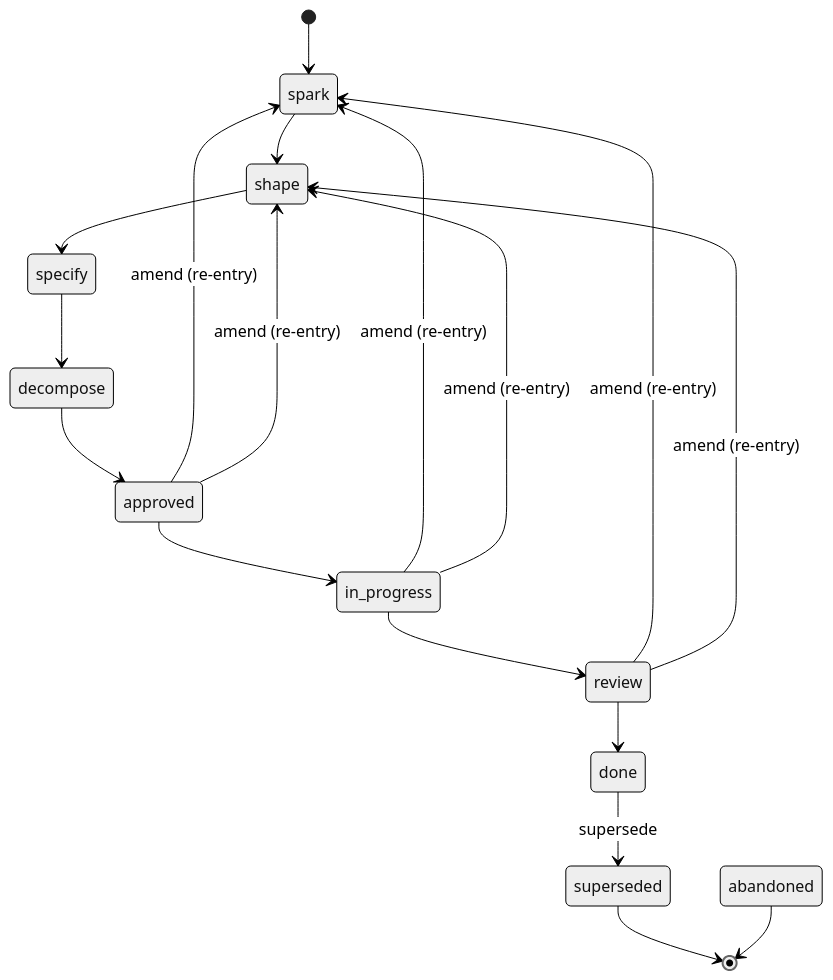
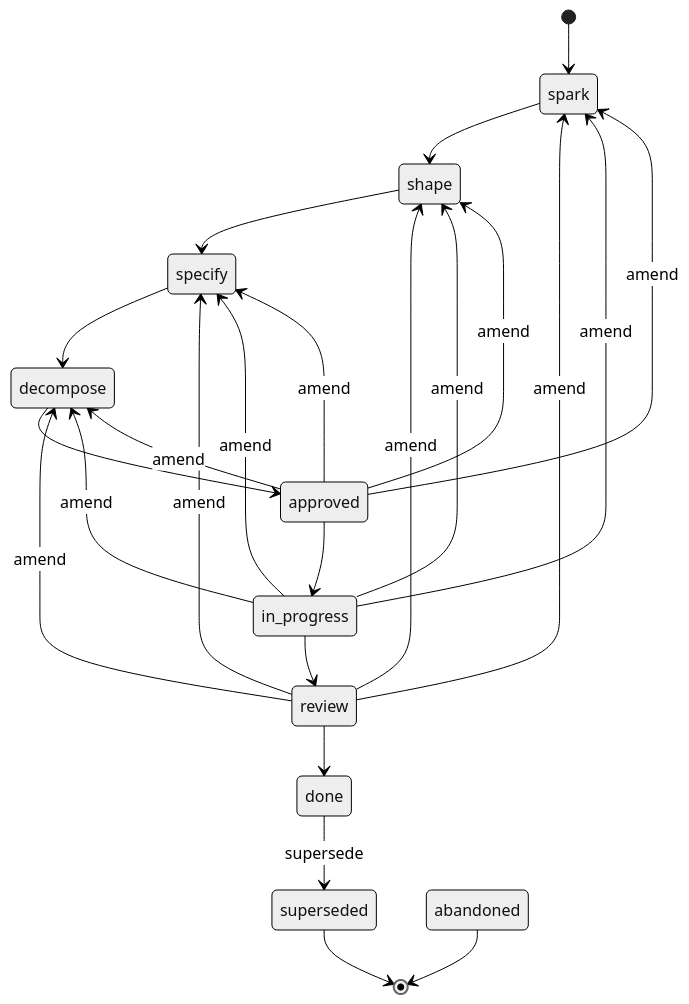
One commit to specgraph/specgraph changed the diagram in site/docs/concepts/authoring.md. Above: the diagram before and after it, drawn with Mermaid (neutral theme). The commit also changed other lines of this file and 4 other files, not shown here.

````diff
--- a/site/docs/concepts/authoring.md
+++ b/site/docs/concepts/authoring.md
@@ -200,25 +200,31 @@
 ```mermaid
 stateDiagram-v2
     [*] --> spark
     spark --> shape
     shape --> specify
     specify --> decompose
     decompose --> approved
     approved --> in_progress
     in_progress --> review
     review --> done
 
-    approved --> spark : amend (re-entry)
-    approved --> shape : amend (re-entry)
-    in_progress --> spark : amend (re-entry)
-    in_progress --> shape : amend (re-entry)
-    review --> spark : amend (re-entry)
-    review --> shape : amend (re-entry)
+    approved --> spark : amend
+    approved --> shape : amend
+    approved --> specify : amend
+    approved --> decompose : amend
+    in_progress --> spark : amend
+    in_progress --> shape : amend
+    in_progress --> specify : amend
+    in_progress --> decompose : amend
+    review --> spark : amend
+    review --> shape : amend
+    review --> specify : amend
+    review --> decompose : amend
 
     done --> superseded : supersede
 
     state superseded
     state abandoned
     superseded --> [*]
     abandoned --> [*]
 ```
````
